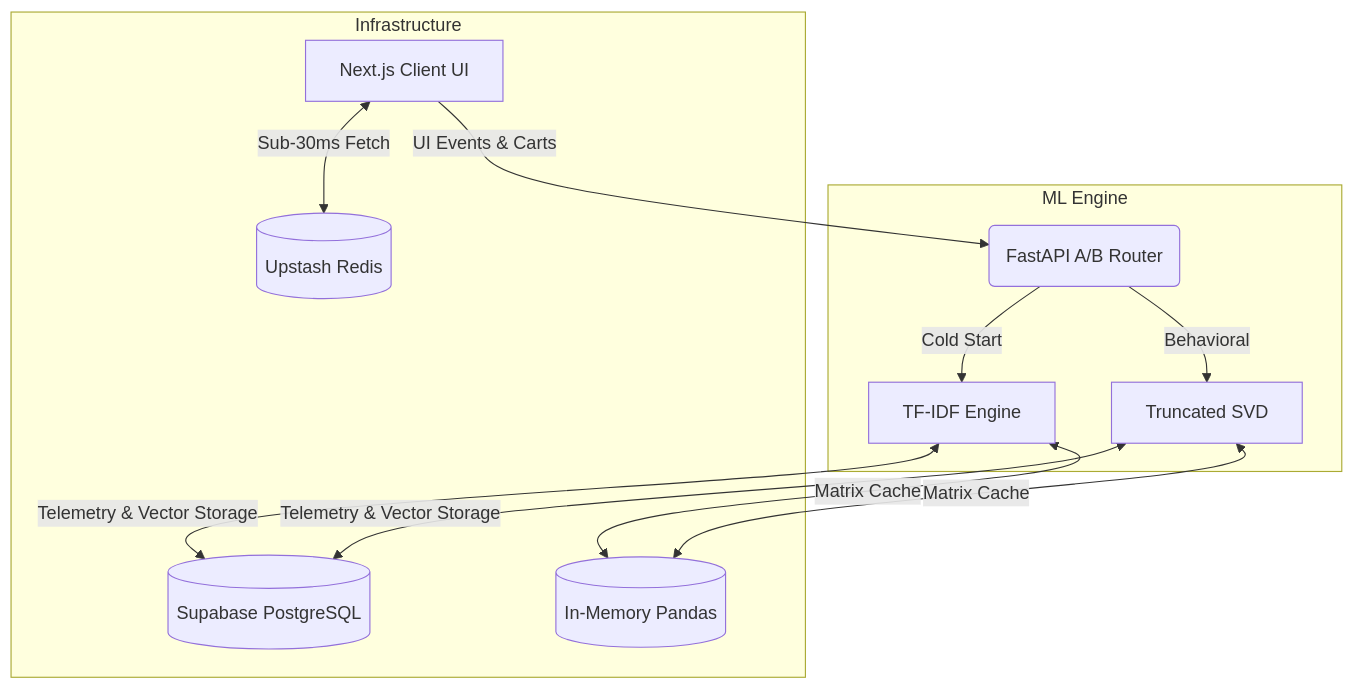
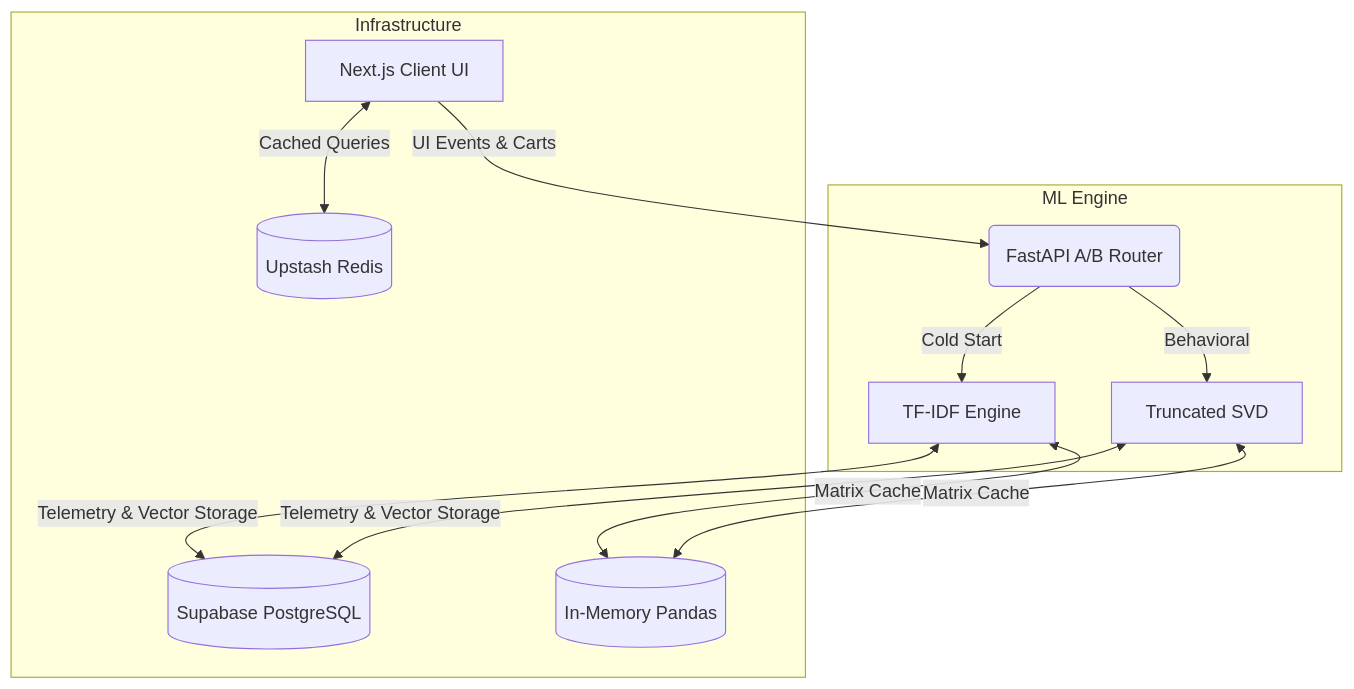
One commit to LahareshBabu/lotus-shop changed the diagram in README.md. Above: the diagram before and after it, drawn with Mermaid. The commit also changed other lines of this file and 5 other files, not shown here.

````diff
--- a/README.md
+++ b/README.md
@@ -12,15 +14,15 @@
 ```mermaid
 graph TD
     Client[Next.js Client UI] -->|UI Events & Carts| Router(FastAPI A/B Router)
     
     subgraph ML Engine
         Router -->|Cold Start| Content[TF-IDF Engine]
         Router -->|Behavioral| Collab[Truncated SVD]
     end
     
     subgraph Infrastructure
-        Client <-->|Sub-30ms Fetch| Redis[(Upstash Redis)]
+        Client <-->|Cached Queries| Redis[(Upstash Redis)]
         Content & Collab <-->|Telemetry & Vector Storage| DB[(Supabase PostgreSQL)]
         Content & Collab <-->|Matrix Cache| Pandas[(In-Memory Pandas)]
     end
 ```
````
